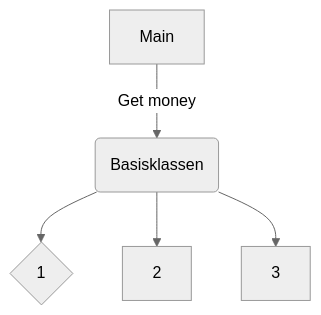
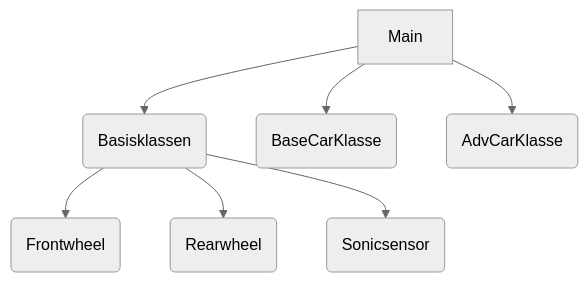
One commit to Holger585/Camp2Code_P1 changed the diagram in readme.md. Above: the diagram before and after it, drawn with Mermaid (neutral theme).

````diff
--- a/readme.md
+++ b/readme.md
@@ -8,7 +8,7 @@
 ```mermaid
 
 flowchart TD
-    A["Main"] -- Get money --> B("Basisklassen")
-    B --> C{"1"} & n3["2"] & n2["3"]
+    A["Main"] --> B("Basisklassen") & n1("BaseCarKlasse") & n2("AdvCarKlasse")
+    B --> C("Frontwheel") & n3("Rearwheel") & n4("Sonicsensor")
 
 ```
````
